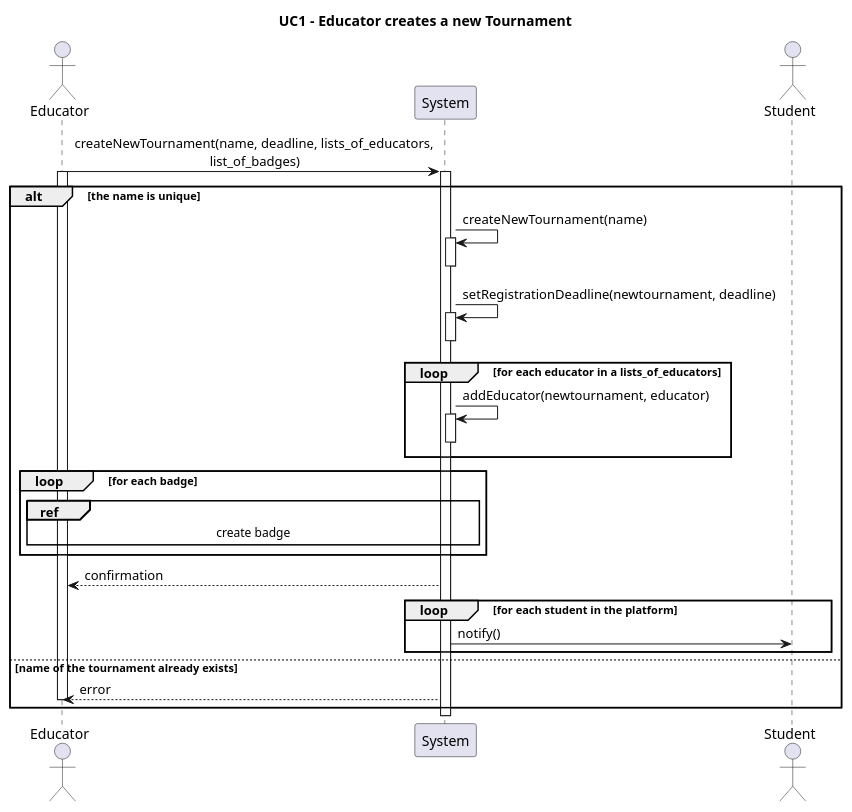
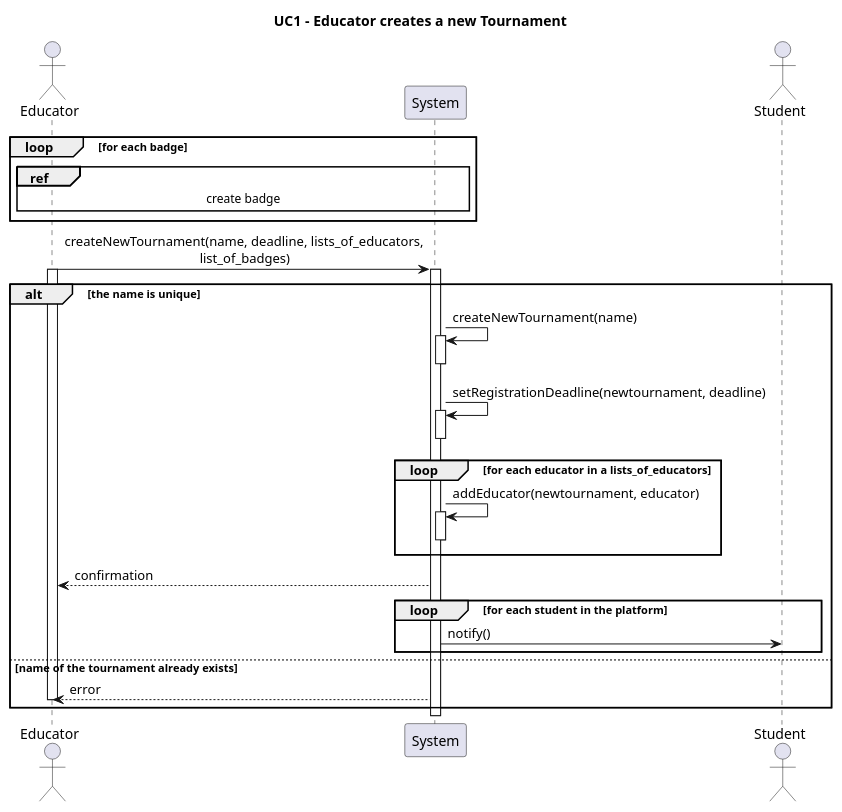
Before and after one commit to Furrrlo/CodeKataBattle: the diagram in rasd/puml/UC1.puml, drawn with PlantUML.

Commit message:
Create badges before tournament

```diff
--- a/rasd/puml/UC1.puml
+++ b/rasd/puml/UC1.puml
@@ -1,45 +1,44 @@
 @startuml UC1
 title UC1 - Educator creates a new Tournament    
 
 actor Educator
 
 participant System
 actor Student
 
+loop for each badge
+    ||10||
+    ref over Educator, System: create badge
+    ||5||
+end
 
 Educator -> System ++: createNewTournament(name, deadline, lists_of_educators,\n\t\t\t\t\tlist_of_badges)
 alt the name is unique
 
 activate Educator
 
 System -> System ++: createNewTournament(name)
 deactivate System
 
 System -> System ++: setRegistrationDeadline(newtournament, deadline)
 deactivate System
 
 loop for each educator in a lists_of_educators
     System -> System ++: addEducator(newtournament, educator)
     deactivate System
 end
 
-loop for each badge
-    ||10||
-    ref over Educator, System: create badge
-    ||5||
-end
-
 System --> Educator : confirmation
 
 
 loop for each student in the platform
     System -> Student : notify()
 
 end
 else name of the tournament already exists
     System --> Educator : error
     deactivate Educator
 end
 
 
 @enduml
```
